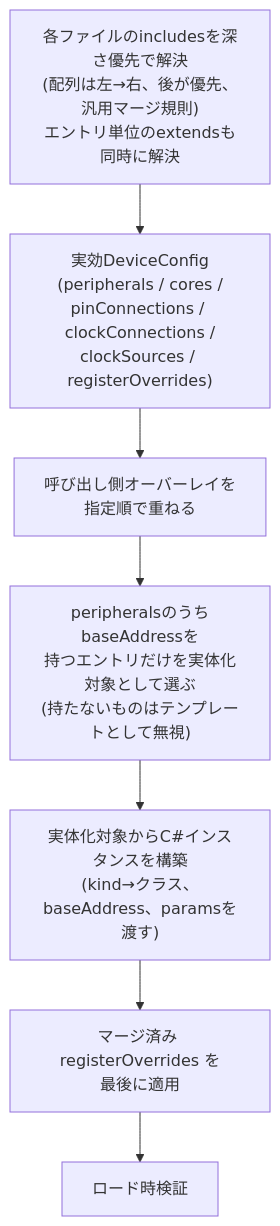
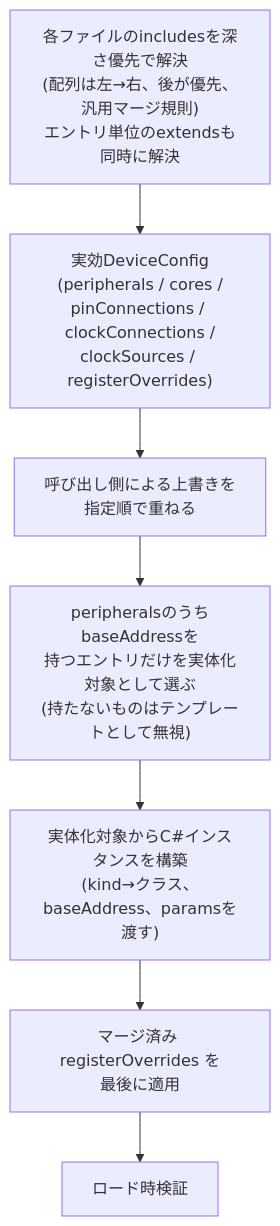
One commit to Sinsjr2/Arcavirt changed the second of 2 diagrams in doc/spec/Arcavirt.Cpu/README.new.md. Above: the diagram before and after it, drawn with Mermaid. The commit also changed other lines of this file, not shown here.

````diff
--- a/doc/spec/Arcavirt.Cpu/README.new.md
+++ b/doc/spec/Arcavirt.Cpu/README.new.md
@@ -230,9 +230,9 @@
 ```mermaid
 flowchart TD
     A["各ファイルのincludesを深さ優先で解決<br/>(配列は左→右、後が優先、汎用マージ規則)<br/>エントリ単位のextendsも同時に解決"] --> B["実効DeviceConfig<br/>(peripherals / cores /<br/>pinConnections / clockConnections /<br/>clockSources / registerOverrides)"]
-    B --> C["呼び出し側オーバーレイを<br/>指定順で重ねる"]
+    B --> C["呼び出し側による上書きを<br/>指定順で重ねる"]
     C --> D["peripheralsのうちbaseAddressを<br/>持つエントリだけを実体化対象として選ぶ<br/>(持たないものはテンプレートとして無視)"]
     D --> E["実体化対象からC#インスタンスを構築<br/>(kind→クラス、baseAddress、paramsを渡す)"]
     E --> F["マージ済み registerOverrides を<br/>最後に適用"]
     F --> G["ロード時検証"]
 ```
````
